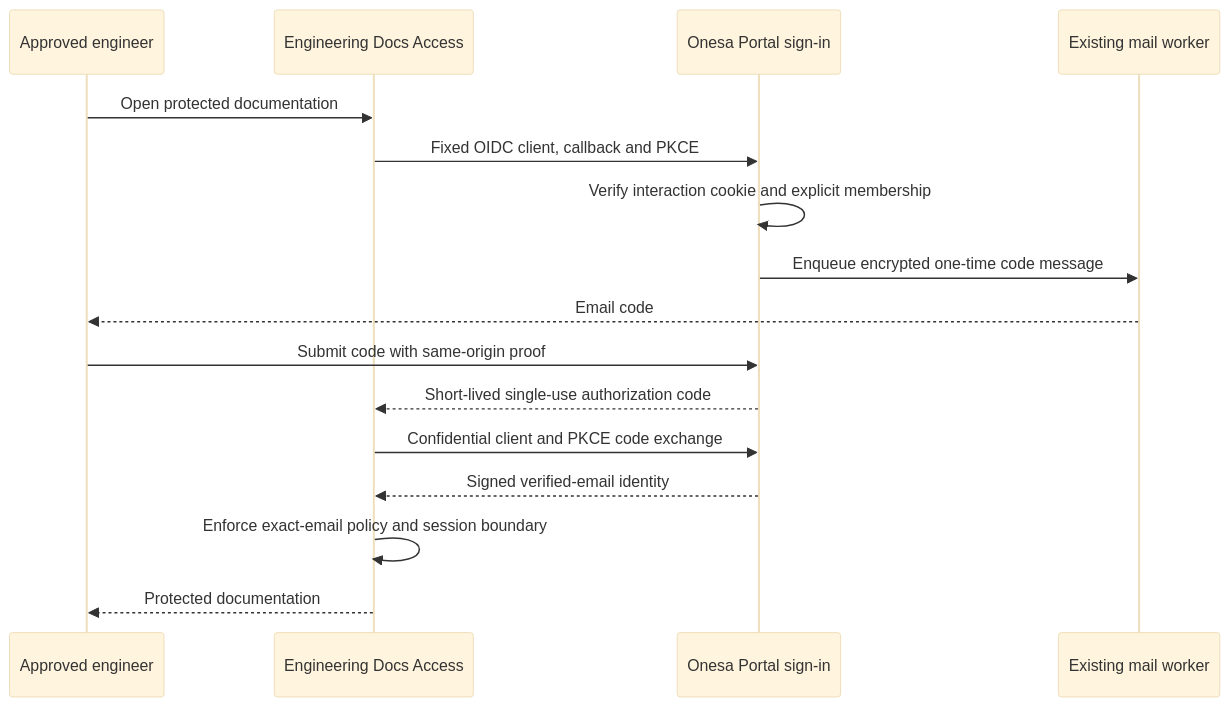
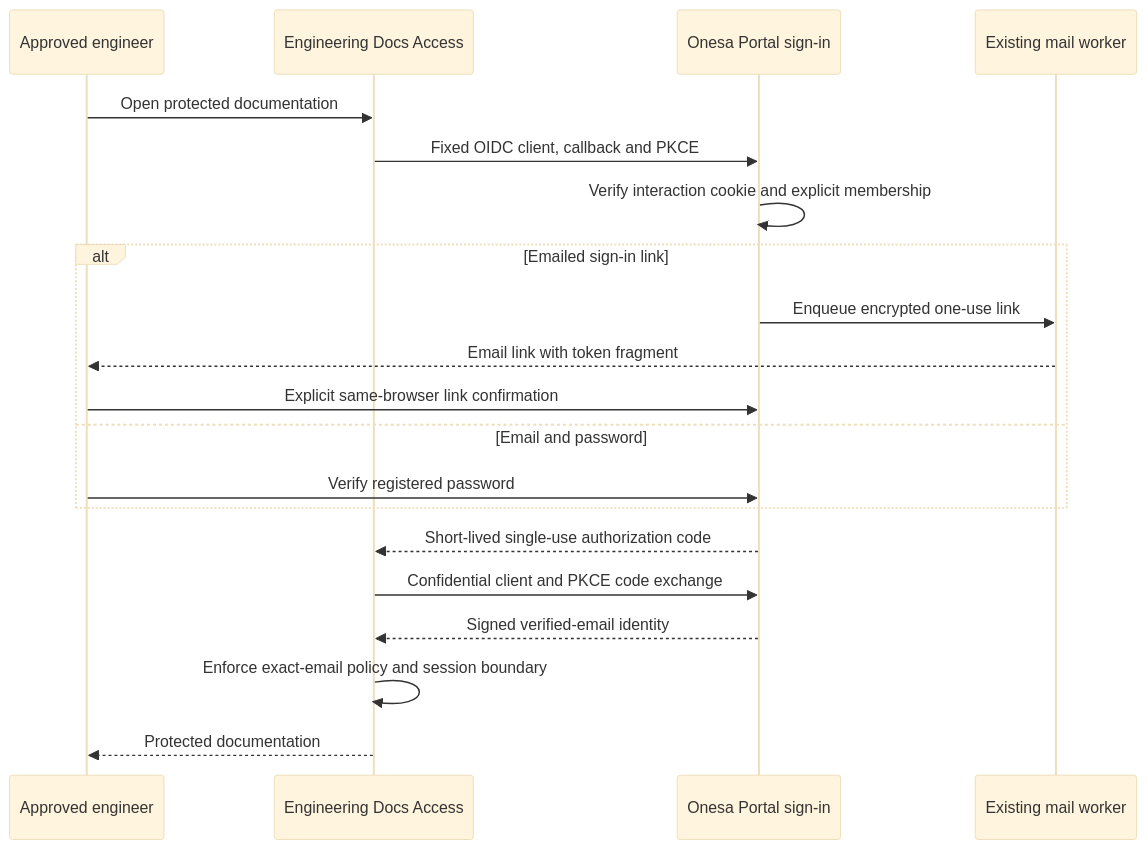
Before and after one commit to DruHustle/onesa-company-portal: the diagram in docs/engineering/ENGINEERING_DOCS_IDENTITY.md, drawn with Mermaid (base theme). The commit also changed other lines of this file and 34 other files, not shown here.

Commit message:
Add approved registration and email-link or password sign-in

````diff
--- a/docs/engineering/ENGINEERING_DOCS_IDENTITY.md
+++ b/docs/engineering/ENGINEERING_DOCS_IDENTITY.md
@@ -14,18 +19,22 @@
 ```mermaid
 sequenceDiagram
  participant E as Approved engineer
  participant A as Engineering Docs Access
  participant P as Onesa Portal sign-in
  participant M as Existing mail worker
  E->>A: Open protected documentation
  A->>P: Fixed OIDC client, callback and PKCE
  P->>P: Verify interaction cookie and explicit membership
- P->>M: Enqueue encrypted one-time code message
- M-->>E: Email code
- E->>P: Submit code with same-origin proof
+ alt Emailed sign-in link
+ P->>M: Enqueue encrypted one-use link
+ M-->>E: Email link with token fragment
+ E->>P: Explicit same-browser link confirmation
+ else Email and password
+ E->>P: Verify registered password
+ end
  P-->>A: Short-lived single-use authorization code
  A->>P: Confidential client and PKCE code exchange
  P-->>A: Signed verified-email identity
  A->>A: Enforce exact-email policy and session boundary
  A-->>E: Protected documentation
 ```
````
